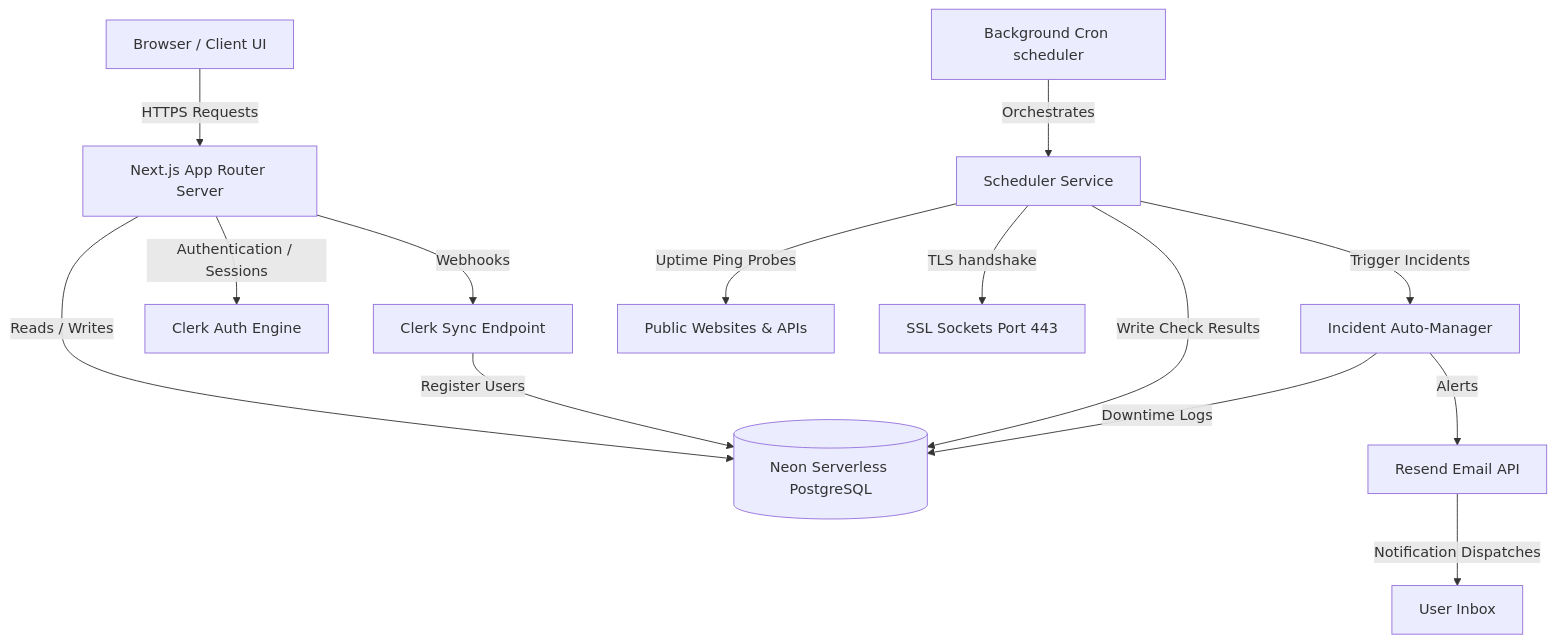
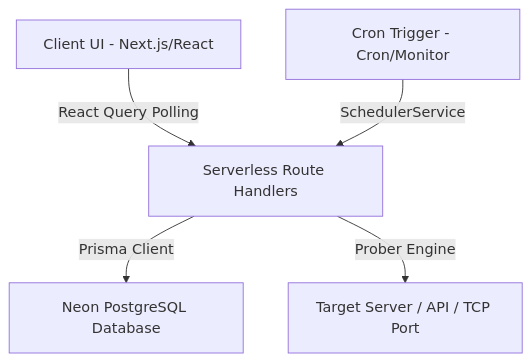
One commit to AdityaKushwaha404/sentinal changed the diagram in README.md. Above: the diagram before and after it, drawn with Mermaid. The commit also changed other lines of this file and 1 other file, not shown here.

````diff
--- a/README.md
+++ b/README.md
@@ -9,17 +19,7 @@
 ```mermaid
 graph TD
-    Client[Browser / Client UI] -->|HTTPS Requests| NextServer[Next.js App Router Server]
-    NextServer -->|Reads / Writes| NeonDB[(Neon Serverless PostgreSQL)]
-    NextServer -->|Authentication / Sessions| Clerk[Clerk Auth Engine]
-    NextServer -->|Webhooks| WebhookHandler[Clerk Sync Endpoint]
-    WebhookHandler -->|Register Users| NeonDB
-    
-    CronWorker[Background Cron scheduler] -->|Orchestrates| SchedulerService[Scheduler Service]
-    SchedulerService -->|Uptime Ping Probes| PublicWebsites[Public Websites & APIs]
-    SchedulerService -->|TLS handshake| SSLSockets[SSL Sockets Port 443]
-    SchedulerService -->|Write Check Results| NeonDB
-    SchedulerService -->|Trigger Incidents| IncidentManager[Incident Auto-Manager]
-    IncidentManager -->|Downtime Logs| NeonDB
-    IncidentManager -->|Alerts| Resend[Resend Email API]
-    Resend -->|Notification Dispatches| AdminMail[User Inbox]
+  A[Client UI - Next.js/React] -->|React Query Polling| B[Serverless Route Handlers]
+  B -->|Prisma Client| C[Neon PostgreSQL Database]
+  D[Cron Trigger - Cron/Monitor] -->|SchedulerService| B
+  B -->|Prober Engine| E[Target Server / API / TCP Port]
 ```
````
